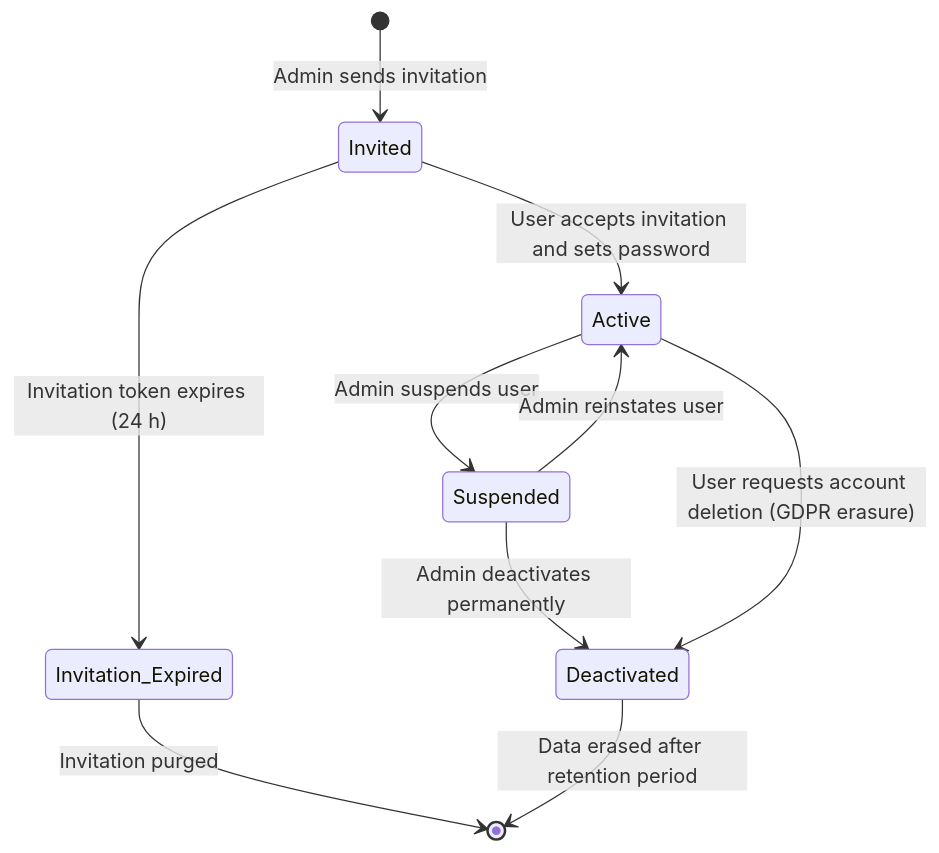
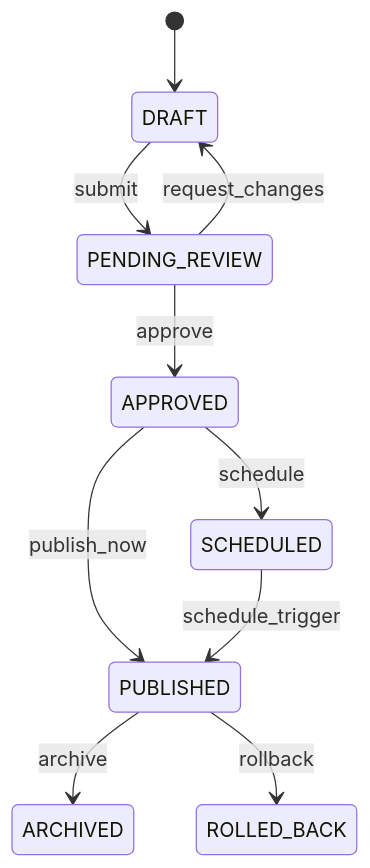
Before and after one commit to 0Ankit0/Project-Ideas: the diagram in Content Management System/detailed-design/state-machine-diagrams.md, drawn with Mermaid. The commit also changed other lines of this file and 35 other files, not shown here.

Commit message:
Deepen CMS docs with mermaid diagrams and implementation detail

````diff
--- a/Content Management System/detailed-design/state-machine-diagrams.md
+++ b/Content Management System/detailed-design/state-machine-diagrams.md
@@ -117,16 +7,12 @@
 ```mermaid
 stateDiagram-v2
-    [*] --> Invited : Admin sends invitation
-
-    Invited --> Invitation_Expired : Invitation token expires (24 h)
-    Invitation_Expired --> [*] : Invitation purged
-
-    Invited --> Active : User accepts invitation and sets password
-
-    Active --> Suspended : Admin suspends user
-    Suspended --> Active : Admin reinstates user
-    Suspended --> Deactivated : Admin deactivates permanently
-
-    Active --> Deactivated : User requests account deletion (GDPR erasure)
-    Deactivated --> [*] : Data erased after retention period
+    [*] --> DRAFT
+    DRAFT --> PENDING_REVIEW: submit
+    PENDING_REVIEW --> DRAFT: request_changes
+    PENDING_REVIEW --> APPROVED: approve
+    APPROVED --> SCHEDULED: schedule
+    APPROVED --> PUBLISHED: publish_now
+    SCHEDULED --> PUBLISHED: schedule_trigger
+    PUBLISHED --> ARCHIVED: archive
+    PUBLISHED --> ROLLED_BACK: rollback
 ```
````
